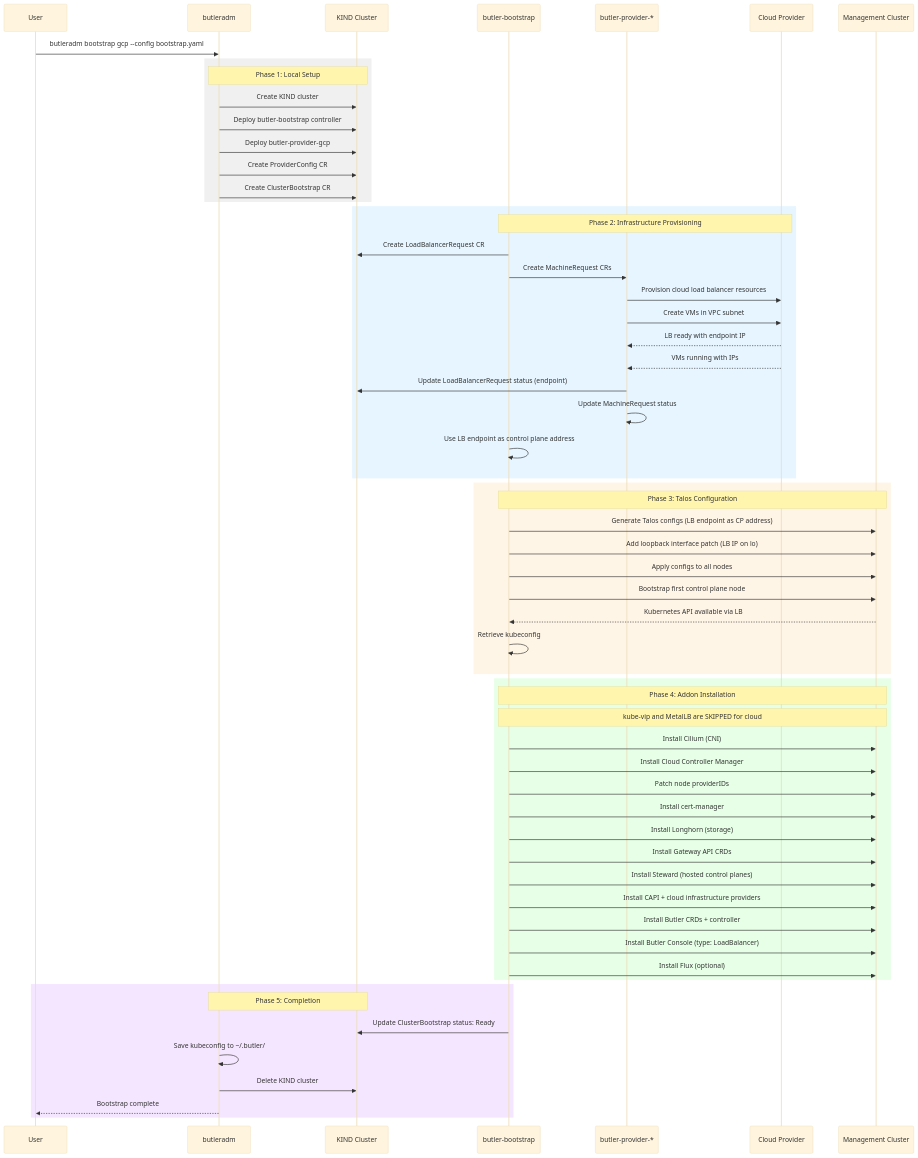
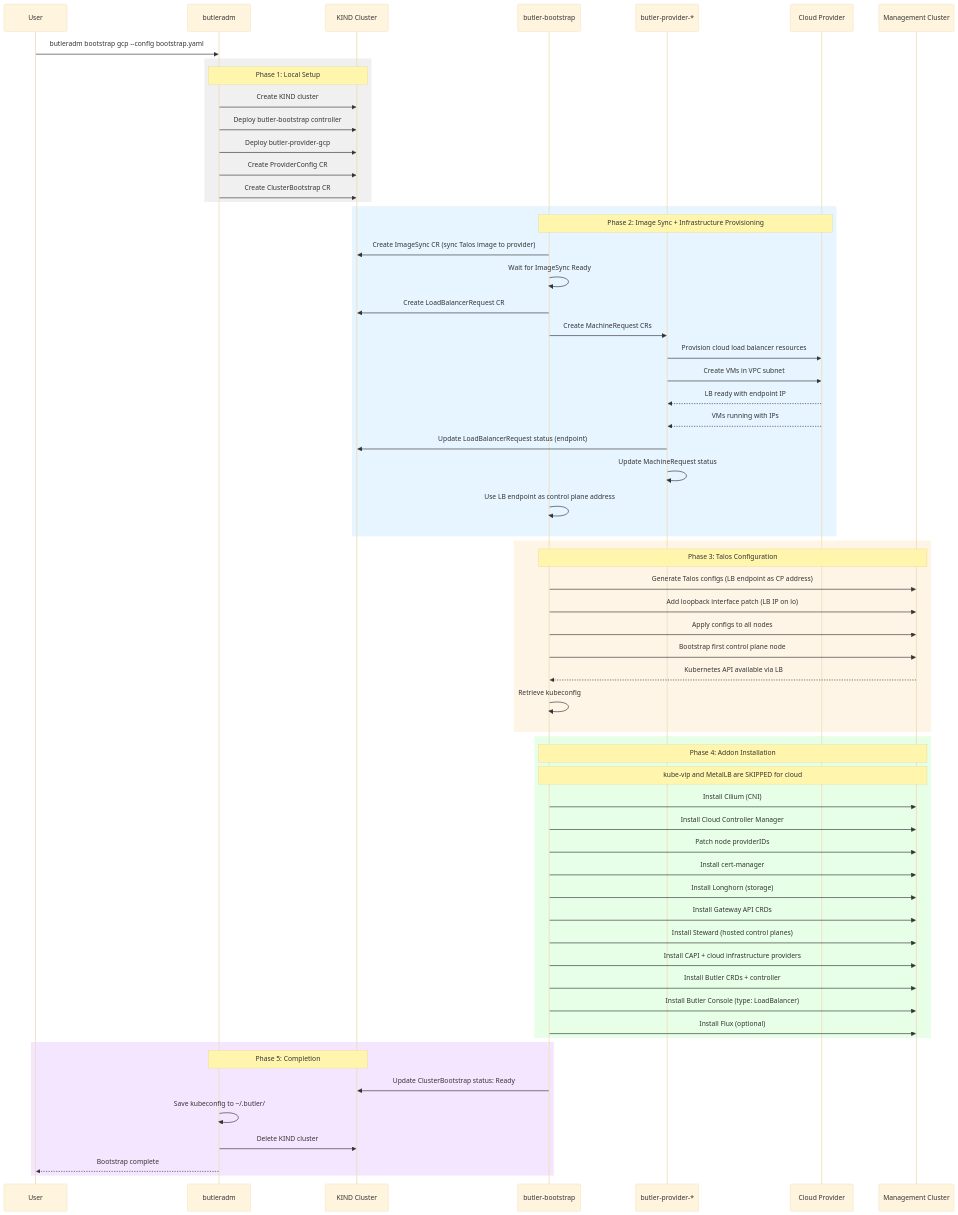
Before and after one commit to butlerdotdev/butler: the second of 2 diagrams in docs/architecture/bootstrap-flow.md, drawn with Mermaid (base theme). The commit also changed other lines of this file, not shown here.

First line of the commit message:
docs: add ImageSync step to bootstrap flow

````diff
--- a/docs/architecture/bootstrap-flow.md
+++ b/docs/architecture/bootstrap-flow.md
@@ -108,68 +110,70 @@
 ```mermaid
 sequenceDiagram
     participant User
     participant CLI as butleradm
     participant KIND as KIND Cluster
     participant Bootstrap as butler-bootstrap
     participant Provider as butler-provider-*
     participant Cloud as Cloud Provider
     participant MC as Management Cluster
 
     User->>CLI: butleradm bootstrap gcp --config bootstrap.yaml
 
     rect rgb(240, 240, 240)
         Note over CLI,KIND: Phase 1: Local Setup
         CLI->>KIND: Create KIND cluster
         CLI->>KIND: Deploy butler-bootstrap controller
         CLI->>KIND: Deploy butler-provider-gcp
         CLI->>KIND: Create ProviderConfig CR
         CLI->>KIND: Create ClusterBootstrap CR
     end
 
     rect rgb(230, 245, 255)
-        Note over Bootstrap,Cloud: Phase 2: Infrastructure Provisioning
+        Note over Bootstrap,Cloud: Phase 2: Image Sync + Infrastructure Provisioning
+        Bootstrap->>KIND: Create ImageSync CR (sync Talos image to provider)
+        Bootstrap->>Bootstrap: Wait for ImageSync Ready
         Bootstrap->>KIND: Create LoadBalancerRequest CR
         Bootstrap->>Provider: Create MachineRequest CRs
         Provider->>Cloud: Provision cloud load balancer resources
         Provider->>Cloud: Create VMs in VPC subnet
         Cloud-->>Provider: LB ready with endpoint IP
         Cloud-->>Provider: VMs running with IPs
         Provider->>KIND: Update LoadBalancerRequest status (endpoint)
         Provider->>Provider: Update MachineRequest status
         Bootstrap->>Bootstrap: Use LB endpoint as control plane address
     end
 
     rect rgb(255, 245, 230)
         Note over Bootstrap,MC: Phase 3: Talos Configuration
         Bootstrap->>MC: Generate Talos configs (LB endpoint as CP address)
         Bootstrap->>MC: Add loopback interface patch (LB IP on lo)
         Bootstrap->>MC: Apply configs to all nodes
         Bootstrap->>MC: Bootstrap first control plane node
         MC-->>Bootstrap: Kubernetes API available via LB
         Bootstrap->>Bootstrap: Retrieve kubeconfig
     end
 
     rect rgb(230, 255, 230)
         Note over Bootstrap,MC: Phase 4: Addon Installation
         Note over Bootstrap,MC: kube-vip and MetalLB are SKIPPED for cloud
         Bootstrap->>MC: Install Cilium (CNI)
         Bootstrap->>MC: Install Cloud Controller Manager
         Bootstrap->>MC: Patch node providerIDs
         Bootstrap->>MC: Install cert-manager
         Bootstrap->>MC: Install Longhorn (storage)
         Bootstrap->>MC: Install Gateway API CRDs
         Bootstrap->>MC: Install Steward (hosted control planes)
         Bootstrap->>MC: Install CAPI + cloud infrastructure providers
         Bootstrap->>MC: Install Butler CRDs + controller
         Bootstrap->>MC: Install Butler Console (type: LoadBalancer)
         Bootstrap->>MC: Install Flux (optional)
     end
 
     rect rgb(245, 230, 255)
         Note over CLI,KIND: Phase 5: Completion
         Bootstrap->>KIND: Update ClusterBootstrap status: Ready
         CLI->>CLI: Save kubeconfig to ~/.butler/
         CLI->>KIND: Delete KIND cluster
         CLI-->>User: Bootstrap complete
     end
 ```
````
